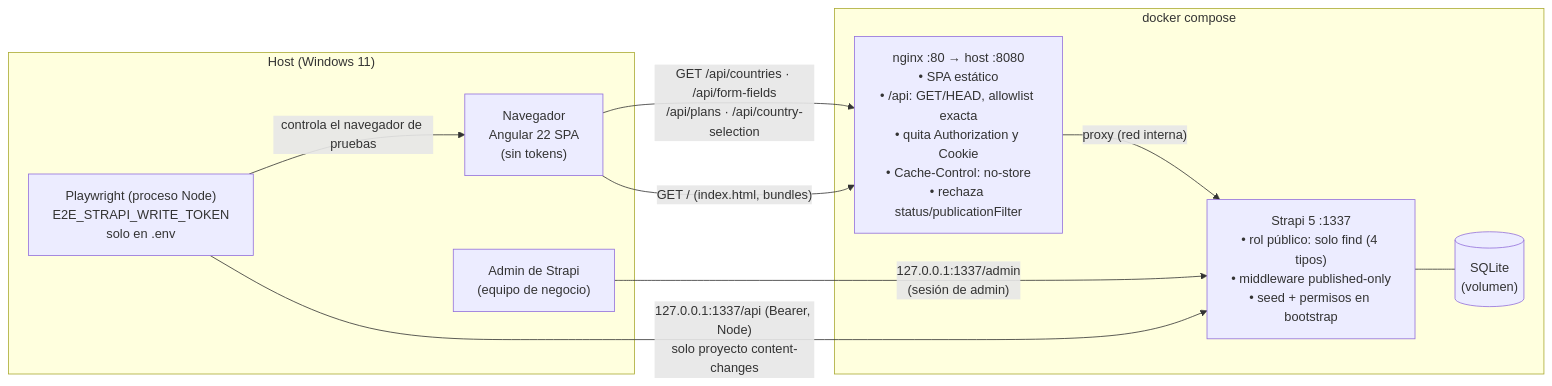
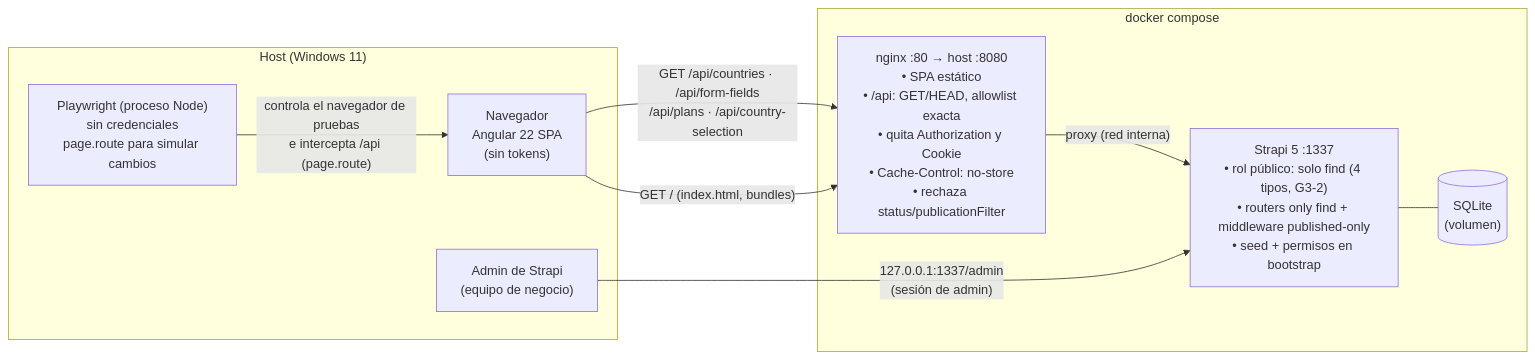
One commit to Jorgeandd10/car-insurance-quote-multicountry changed the first of 2 diagrams in docs/architecture/overview.md. Above: the diagram before and after it, drawn with Mermaid. The commit also changed other lines of this file and 8 other files, not shown here.

````diff
--- a/docs/architecture/overview.md
+++ b/docs/architecture/overview.md
@@ -15,22 +15,21 @@
 ```mermaid
 flowchart LR
     subgraph Host["Host (Windows 11)"]
         B["Navegador<br/>Angular 22 SPA<br/>(sin tokens)"]
-        PW["Playwright (proceso Node)<br/>E2E_STRAPI_WRITE_TOKEN<br/>solo en .env"]
+        PW["Playwright (proceso Node)<br/>sin credenciales<br/>page.route para simular cambios"]
         ADM["Admin de Strapi<br/>(equipo de negocio)"]
     end
 
     subgraph Docker["docker compose"]
         NG["nginx :80 → host :8080<br/>• SPA estático<br/>• /api: GET/HEAD, allowlist exacta<br/>• quita Authorization y Cookie<br/>• Cache-Control: no-store<br/>• rechaza status/publicationFilter"]
-        ST["Strapi 5 :1337<br/>• rol público: solo find (4 tipos)<br/>• middleware published-only<br/>• seed + permisos en bootstrap"]
+        ST["Strapi 5 :1337<br/>• rol público: solo find (4 tipos, G3-2)<br/>• routers only find + middleware published-only<br/>• seed + permisos en bootstrap"]
         DB[("SQLite<br/>(volumen)")]
     end
 
     B -- "GET /api/countries · /api/form-fields<br/>/api/plans · /api/country-selection" --> NG
     B -- "GET / (index.html, bundles)" --> NG
     NG -- "proxy (red interna)" --> ST
     ST --- DB
     ADM -- "127.0.0.1:1337/admin<br/>(sesión de admin)" --> ST
-    PW -- "127.0.0.1:1337/api (Bearer, Node)<br/>solo proyecto content-changes" --> ST
-    PW -- "controla el navegador de pruebas" --> B
+    PW -- "controla el navegador de pruebas<br/>e intercepta /api (page.route)" --> B
 ```
````
